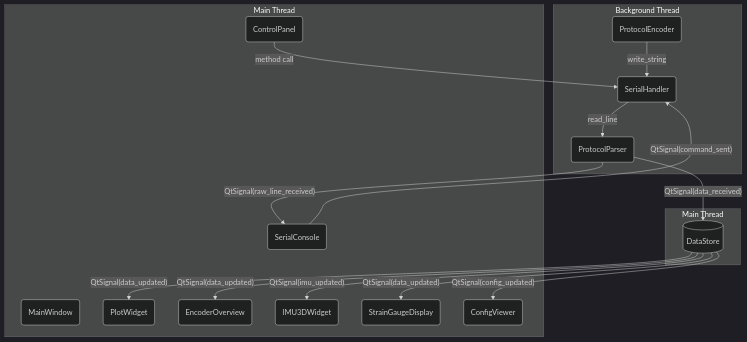
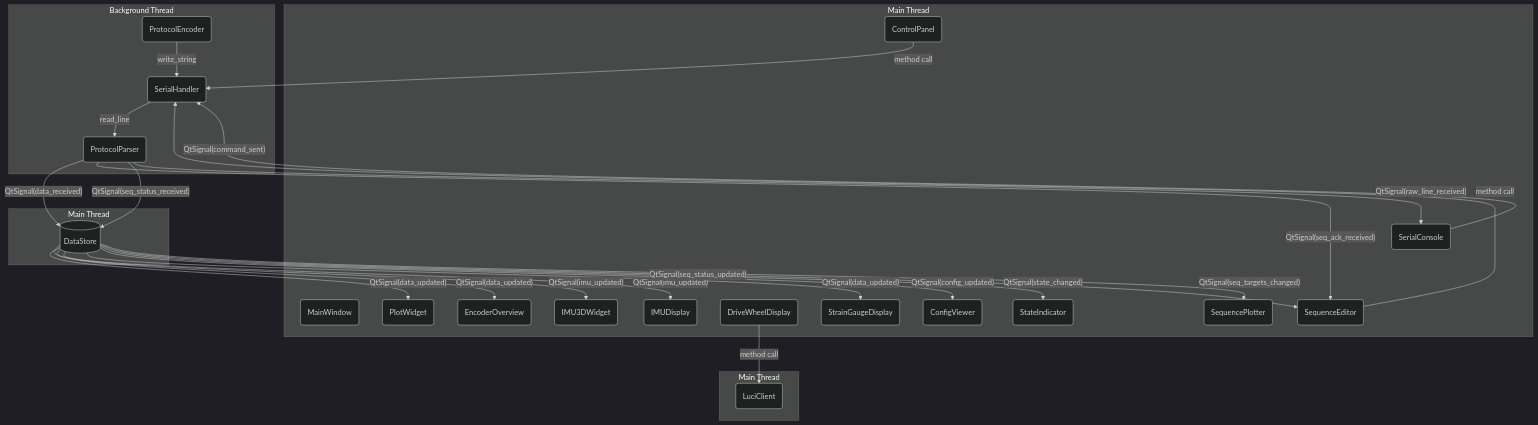
Before and after one commit to rammp-org/Demo-Software: the diagram in docs/pid_tuner/ARCHITECTURE.md, drawn with Mermaid (dark theme). The commit also changed other lines of this file and 21 other files, not shown here.

````diff
--- a/docs/pid_tuner/ARCHITECTURE.md
+++ b/docs/pid_tuner/ARCHITECTURE.md
@@ -7,41 +7,58 @@
 ```mermaid
 flowchart TD
     subgraph Serial Thread [Background Thread]
         SerialHandler(SerialHandler)
         ProtocolParser(ProtocolParser)
         ProtocolEncoder(ProtocolEncoder)
         
         SerialHandler -- read_line --> ProtocolParser
         ProtocolEncoder -- write_string --> SerialHandler
     end
     
     subgraph Data Layer [Main Thread]
         DataStore[(DataStore)]
     end
     
     subgraph UI Layer [Main Thread]
         MainWindow(MainWindow)
         ControlPanel(ControlPanel)
         PlotWidget(PlotWidget)
         EncoderOverview(EncoderOverview)
         SerialConsole(SerialConsole)
         IMU3DWidget(IMU3DWidget)
+        IMUDisplay(IMUDisplay)
+        DriveWheelDisplay(DriveWheelDisplay)
+        StateIndicator(StateIndicator)
+        SequenceEditor(SequenceEditor)
+        SequencePlotter(SequencePlotter)
         StrainGaugeDisplay(StrainGaugeDisplay)
         ConfigViewer(ConfigViewer)
     end
 
+    subgraph ROS Bridge [Main Thread]
+        LuciClient(LuciClient)
+    end
+
     %% Data flowing IN (Telemetry)
     ProtocolParser -- "QtSignal(data_received)" --> DataStore
+    ProtocolParser -- "QtSignal(seq_ack_received)" --> SequenceEditor
+    ProtocolParser -- "QtSignal(seq_status_received)" --> DataStore
     DataStore -- "QtSignal(data_updated)" --> PlotWidget
     DataStore -- "QtSignal(data_updated)" --> EncoderOverview
     DataStore -- "QtSignal(imu_updated)" --> IMU3DWidget
+    DataStore -- "QtSignal(imu_updated)" --> IMUDisplay
     DataStore -- "QtSignal(data_updated)" --> StrainGaugeDisplay
     DataStore -- "QtSignal(config_updated)" --> ConfigViewer
+    DataStore -- "QtSignal(state_changed)" --> StateIndicator
+    DataStore -- "QtSignal(seq_status_updated)" --> SequenceEditor
+    DataStore -- "QtSignal(seq_targets_changed)" --> SequencePlotter
     
     %% Raw Console feed
     ProtocolParser -- "QtSignal(raw_line_received)" --> SerialConsole
     
     %% Commands flowing OUT
     ControlPanel -- "method call" --> SerialHandler
+    SequenceEditor -- "method call" --> SerialHandler
     SerialConsole -- "QtSignal(command_sent)" --> SerialHandler
+    DriveWheelDisplay -- "method call" --> LuciClient
 ```
````
